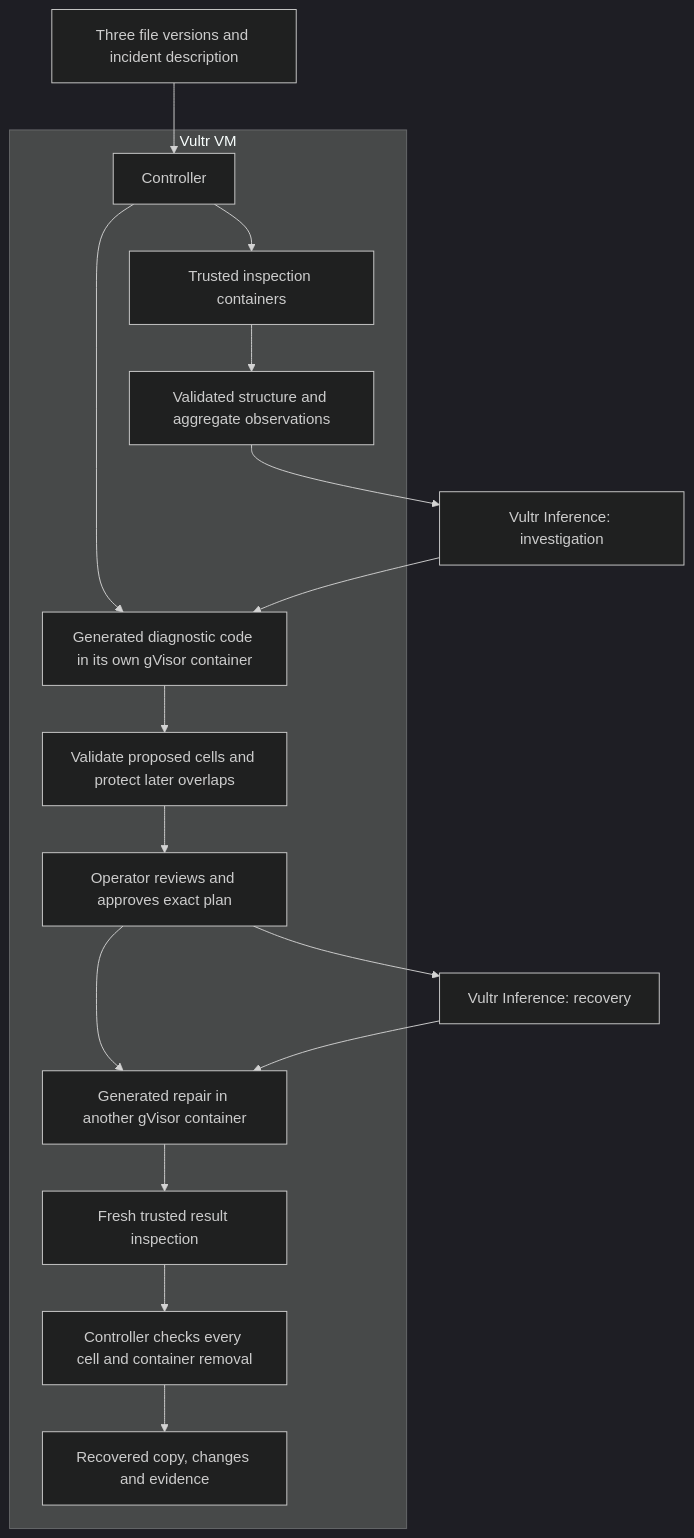
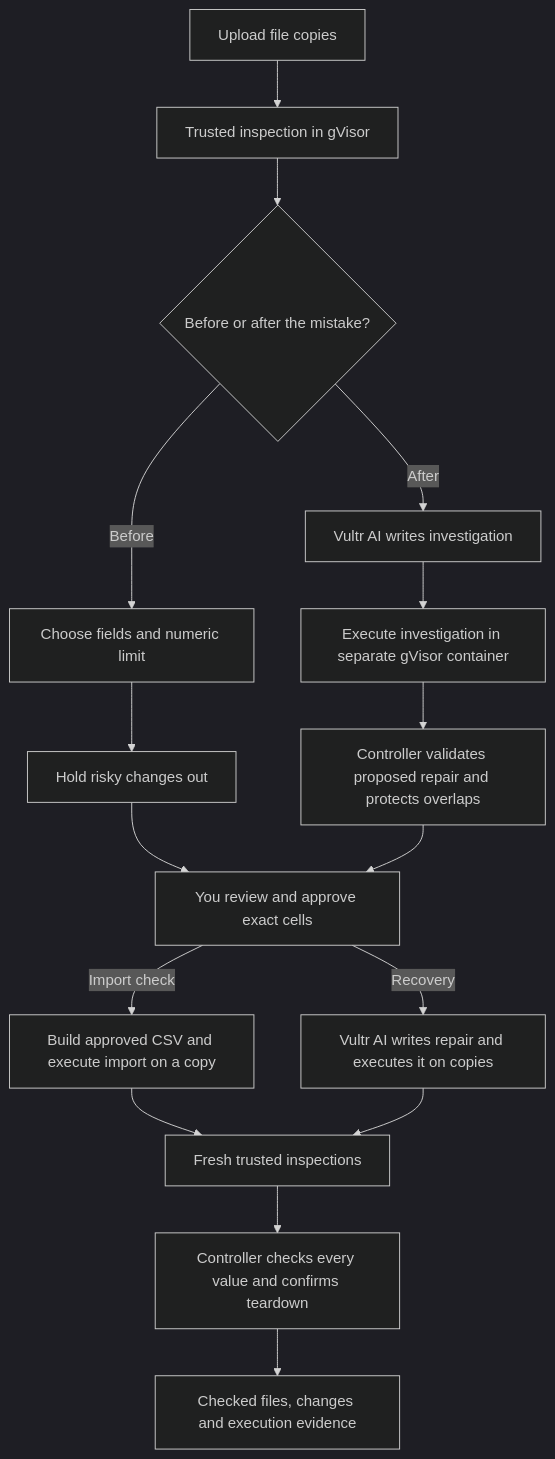
The diagram in README.md (NSEVEjk0/rewind-vultr), drawn with Mermaid (dark theme) before and after one commit. The commit also changed other lines of this file and 20 other files, not shown here.

Commit message:
Check recurring CSV imports before they overwrite data

````diff
--- a/README.md
+++ b/README.md
@@ -70,19 +103,18 @@
 ```mermaid
 flowchart TB
-    U[Three file versions and incident description] --> C
-    subgraph VM[Vultr VM]
-        C[Controller] --> I[Trusted inspection containers]
-        I --> O[Validated structure and aggregate observations]
-        C --> G[Generated diagnostic code in its own gVisor container]
-        G --> P[Validate proposed cells and protect later overlaps]
-        P --> H[Operator reviews and approves exact plan]
-        H --> R[Generated repair in another gVisor container]
-        R --> V[Fresh trusted result inspection]
-        V --> A[Controller checks every cell and container removal]
-        A --> D[Recovered copy, changes and evidence]
-    end
-    O --> M1[Vultr Inference: investigation]
-    M1 --> G
-    H --> M2[Vultr Inference: recovery]
-    M2 --> R
+    U[Upload file copies] --> I[Trusted inspection in gVisor]
+    I --> B{Before or after the mistake?}
+    B -->|Before| P[Choose fields and numeric limit]
+    P --> F[Hold risky changes out]
+    B -->|After| M[Vultr AI writes investigation]
+    M --> G[Execute investigation in separate gVisor container]
+    G --> C[Controller validates proposed repair and protects overlaps]
+    F --> H[You review and approve exact cells]
+    C --> H
+    H -->|Import check| T[Build approved CSV and execute import on a copy]
+    H -->|Recovery| R[Vultr AI writes repair and executes it on copies]
+    T --> V[Fresh trusted inspections]
+    R --> V
+    V --> A[Controller checks every value and confirms teardown]
+    A --> D[Checked files, changes and execution evidence]
 ```
````
